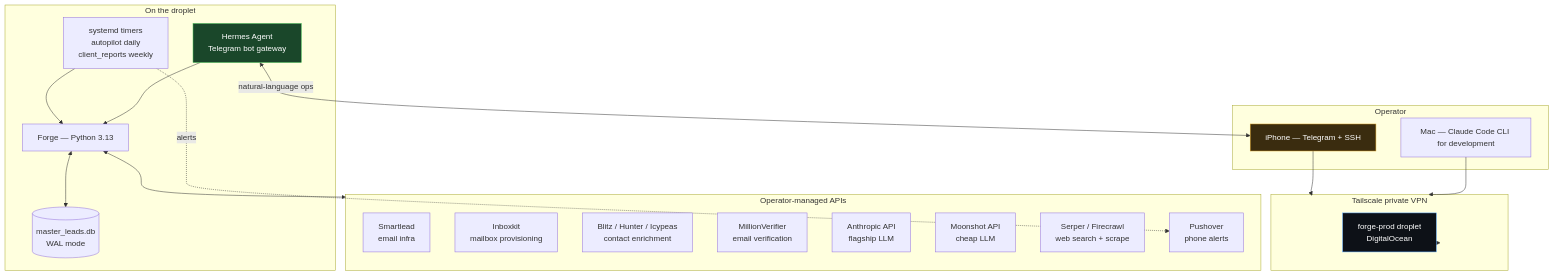
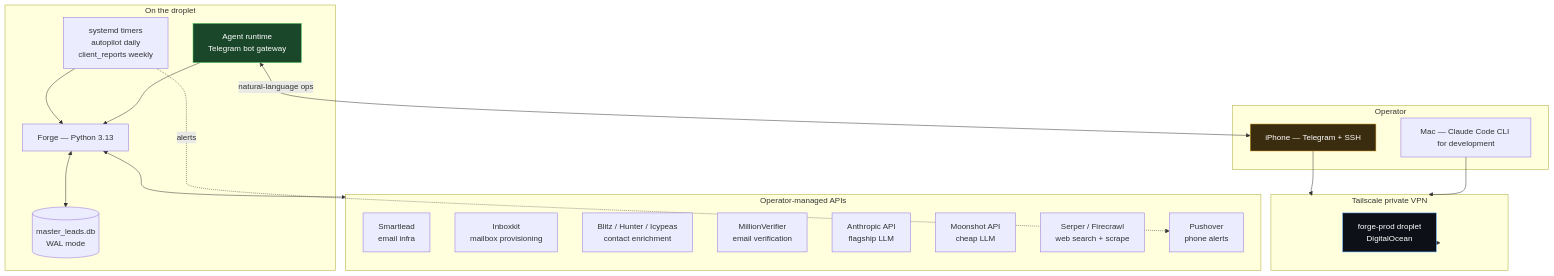
The fifth of 5 diagrams in README.md (RoberickSanders/b2b-outbound-stack), drawn with Mermaid before and after one commit. The commit also changed other lines of this file and 11 other files, not shown here.

First line of the commit message:
Portfolio cleanup: pipeline diagram and neutral public wording (#2)

````diff
--- a/README.md
+++ b/README.md
@@ -207,43 +215,43 @@
 ```mermaid
 flowchart TB
     subgraph LOCAL[Operator]
         PHONE[iPhone — Telegram + SSH]
         MAC[Mac — Claude Code CLI for development]
     end
 
     subgraph TS[Tailscale private VPN]
         DROPLET[forge-prod droplet<br/>DigitalOcean]
     end
 
     subgraph SERVICES[Operator-managed APIs]
         SL[Smartlead<br/>email infra]
         IK[Inboxkit<br/>mailbox provisioning]
         BL[Blitz / Hunter / Icypeas<br/>contact enrichment]
         MV[MillionVerifier<br/>email verification]
         ANT[Anthropic API<br/>flagship LLM]
         KIMI[Moonshot API<br/>cheap LLM]
         SERP[Serper / Firecrawl<br/>web search + scrape]
         PUSH[Pushover<br/>phone alerts]
     end
 
     subgraph DROPLET_INTERNALS[On the droplet]
         FORGE[Forge — Python 3.13]
         SYSTEMD[systemd timers<br/>autopilot daily<br/>client_reports weekly]
-        HERMES[Hermes Agent<br/>Telegram bot gateway]
+        AGENT[Agent runtime<br/>Telegram bot gateway]
         DBLOCAL[(master_leads.db<br/>WAL mode)]
     end
 
     PHONE --> TS
     MAC --> TS
     TS --> DROPLET
-    HERMES <-->|natural-language ops| PHONE
+    AGENT <-->|natural-language ops| PHONE
     FORGE <--> SERVICES
     SYSTEMD --> FORGE
-    HERMES --> FORGE
+    AGENT --> FORGE
     FORGE <--> DBLOCAL
     SYSTEMD -.->|alerts| PUSH
 
     style DROPLET fill:#0d1117,color:#fff,stroke:#58a6ff
-    style HERMES fill:#1a472a,color:#fff,stroke:#3fb950
+    style AGENT fill:#1a472a,color:#fff,stroke:#3fb950
     style PHONE fill:#3a2c0f,color:#fff,stroke:#d29922
 ```
````
